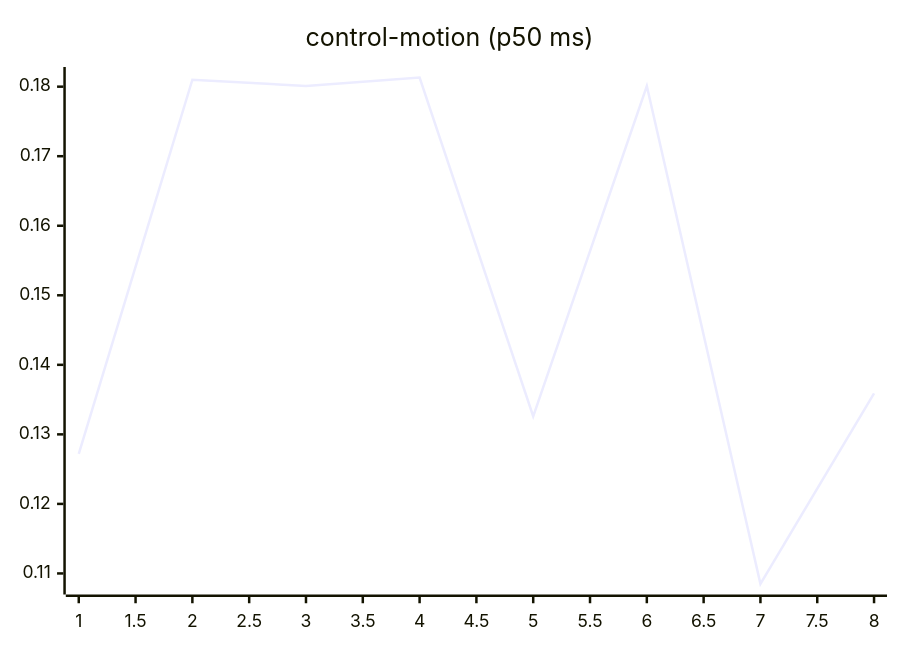
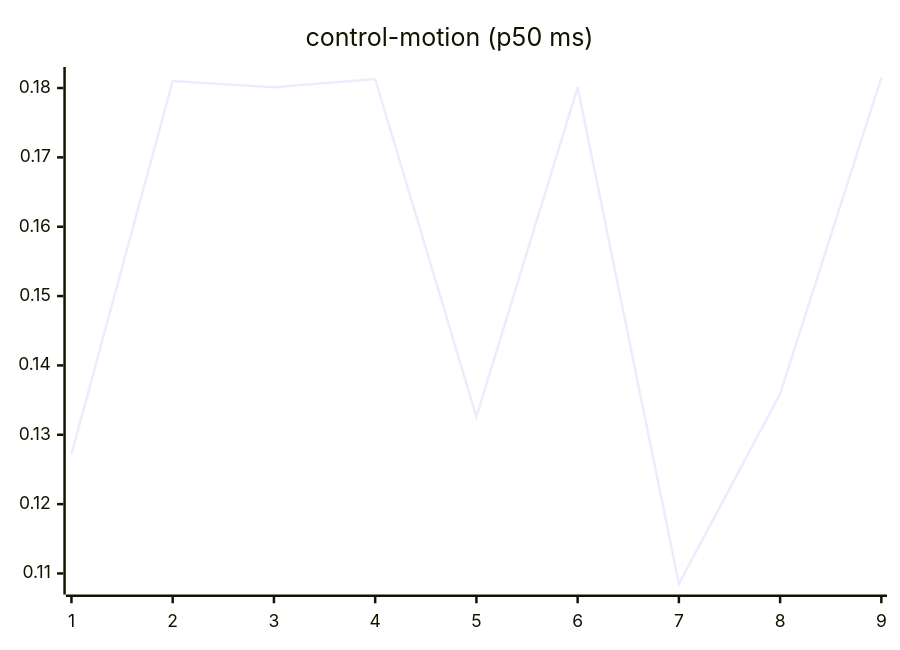
The seventh of 27 diagrams in README.md (josha/Facet), drawn with Mermaid before and after one commit. The commit also changed other lines of this file and 2 other files, not shown here.

````diff
--- a/README.md
+++ b/README.md
@@ -105,6 +105,6 @@
 ```mermaid
 xychart-beta
     title "control-motion (p50 ms)"
-    x-axis 1 --> 8
-    line [0.1272, 0.1810, 0.1801, 0.1813, 0.1326, 0.1801, 0.1085, 0.1359]
+    x-axis 1 --> 9
+    line [0.1272, 0.1810, 0.1801, 0.1813, 0.1326, 0.1801, 0.1085, 0.1359, 0.1815]
 ```
````
